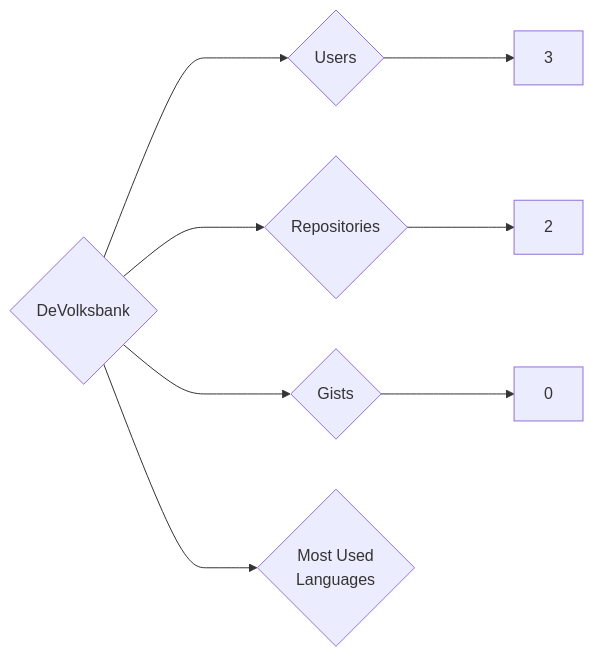
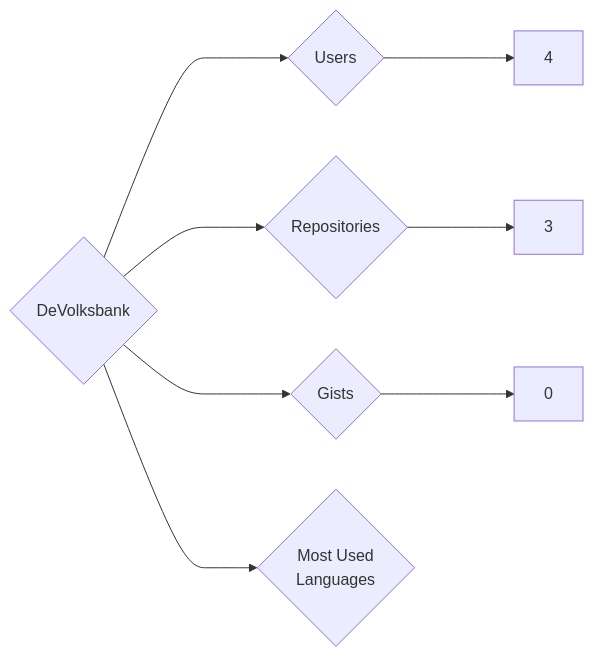
The diagram in targets/DeVolksbank/README.md (trickest/insiders), drawn with Mermaid before and after one commit. The commit also changed 1238 other files, not shown here.

````diff
--- a/targets/DeVolksbank/README.md
+++ b/targets/DeVolksbank/README.md
@@ -3,8 +3,8 @@
 ```mermaid
 graph LR
 COMPANY_NAME{DeVolksbank}
-COMPANY_NAME ---> U{Users} ---> UN[3]
-COMPANY_NAME ---> R{Repositories} ---> RN[2]
+COMPANY_NAME ---> U{Users} ---> UN[4]
+COMPANY_NAME ---> R{Repositories} ---> RN[3]
 COMPANY_NAME ---> G{Gists} ---> GN[0]
 COMPANY_NAME ---> ML{Most Used<br>Languages}
 ```
````
